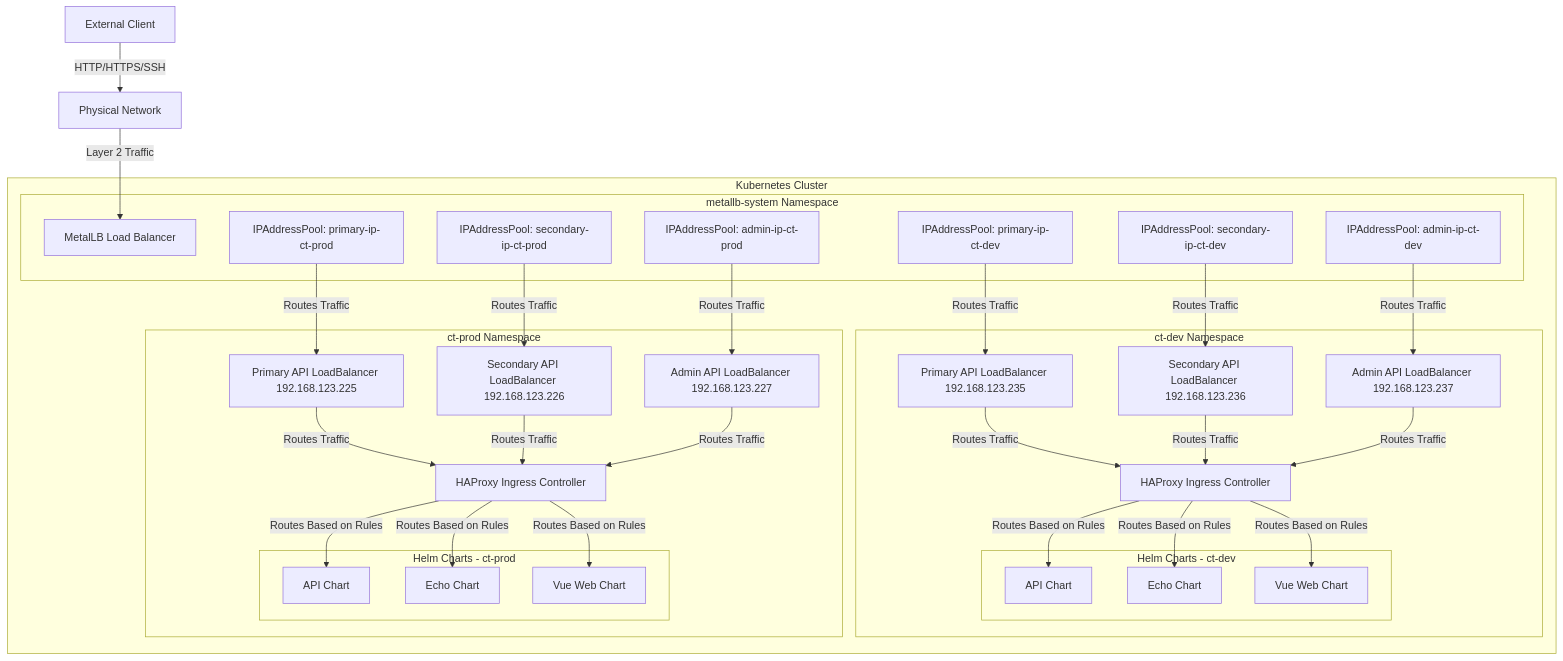
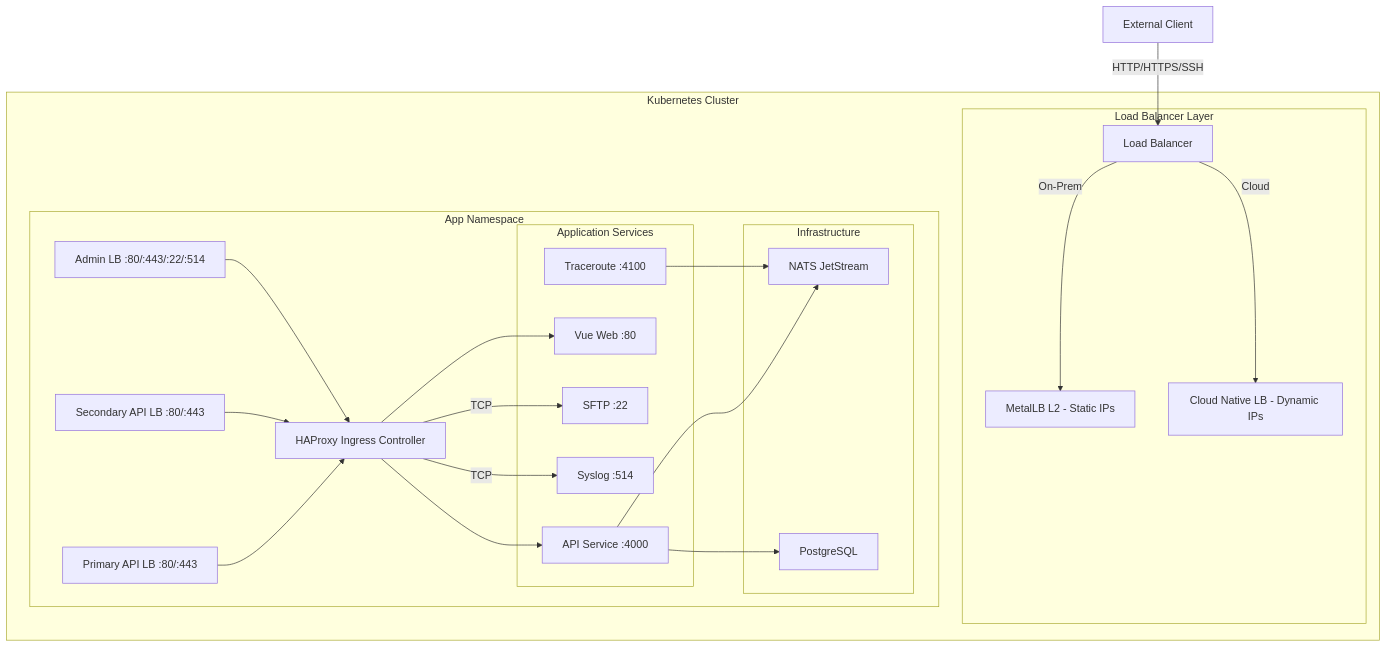
The diagram in docs/haproxy-calltelemetry-installation-guide.md (calltelemetry/k8s), drawn with Mermaid before and after one commit. The commit also changed other lines of this file and 19 other files, not shown here.

````diff
--- a/docs/haproxy-calltelemetry-installation-guide.md
+++ b/docs/haproxy-calltelemetry-installation-guide.md
@@ -19,72 +27,45 @@
 ```mermaid
 graph TD
-    classDef centerClass text-align:center;
-
-    Client[External Client]:::centerClass -->|HTTP/HTTPS/SSH| PhysicalNetwork[Physical Network]:::centerClass
-    PhysicalNetwork -->|Layer 2 Traffic| MetalLB[MetalLB Load Balancer]
+    Client[External Client] -->|HTTP/HTTPS/SSH| LB[Load Balancer]
 
     subgraph "Kubernetes Cluster"
-        subgraph "metallb-system Namespace"
-            MetalLB
-            IPPoolDev1[IPAddressPool: primary-ip-ct-dev]
-            IPPoolDev2[IPAddressPool: secondary-ip-ct-dev]
-            IPPoolDev3[IPAddressPool: admin-ip-ct-dev]
-
-            IPPoolProd1[IPAddressPool: primary-ip-ct-prod]
-            IPPoolProd2[IPAddressPool: secondary-ip-ct-prod]
-            IPPoolProd3[IPAddressPool: admin-ip-ct-prod]
+        subgraph "Load Balancer Layer"
+            LB -->|On-Prem| MetalLB[MetalLB L2 - Static IPs]
+            LB -->|Cloud| CloudLB[Cloud Native LB - Dynamic IPs]
         end
 
-        subgraph "ct-dev Namespace"
-            LB1[Primary API LoadBalancer 192.168.123.235]
-            LB2[Secondary API LoadBalancer 192.168.123.236]
-            LB3[Admin API LoadBalancer 192.168.123.237]
+        subgraph "App Namespace"
+            LB1[Primary API LB :80/:443]
+            LB2[Secondary API LB :80/:443]
+            LB3[Admin LB :80/:443/:22/:514]
 
-            HAProxyDev[HAProxy Ingress Controller]
+            HAProxy[HAProxy Ingress Controller]
 
-            subgraph "Helm Charts - ct-dev"
-                APIDev[API Chart]
-                EchoDev[Echo Chart]
-                VueWebDev[Vue Web Chart]
+            subgraph "Application Services"
+                API[API Service :4000]
+                VueWeb[Vue Web :80]
+                Traceroute[Traceroute :4100]
+                SFTP[SFTP :22]
+                Syslog[Syslog :514]
             end
 
-            LB1 -->|Routes Traffic| HAProxyDev
-            LB2 -->|Routes Traffic| HAProxyDev
-            LB3 -->|Routes Traffic| HAProxyDev
-
-            HAProxyDev -->|Routes Based on Rules| APIDev
-            HAProxyDev -->|Routes Based on Rules| EchoDev
-            HAProxyDev -->|Routes Based on Rules| VueWebDev
-        end
-
-        subgraph "ct-prod Namespace"
-            LB4[Primary API LoadBalancer 192.168.123.225]
-            LB5[Secondary API LoadBalancer 192.168.123.226]
-            LB6[Admin API LoadBalancer 192.168.123.227]
-
-            HAProxyProd[HAProxy Ingress Controller]
-
-            subgraph "Helm Charts - ct-prod"
-                APIProd[API Chart]
-                EchoProd[Echo Chart]
-                VueWebProd[Vue Web Chart]
+            subgraph "Infrastructure"
+                NATS[NATS JetStream]
+                PG[PostgreSQL]
             end
 
-            LB4 -->|Routes Traffic| HAProxyProd
-            LB5 -->|Routes Traffic| HAProxyProd
-            LB6 -->|Routes Traffic| HAProxyProd
+            LB1 --> HAProxy
+            LB2 --> HAProxy
+            LB3 --> HAProxy
 
-            HAProxyProd -->|Routes Based on Rules| APIProd
-            HAProxyProd -->|Routes Based on Rules| EchoProd
-            HAProxyProd -->|Routes Based on Rules| VueWebProd
+            HAProxy --> API
+            HAProxy --> VueWeb
+            HAProxy -->|TCP| SFTP
+            HAProxy -->|TCP| Syslog
+
+            API --> NATS
+            API --> PG
+            Traceroute --> NATS
         end
-
-        IPPoolDev1 -->|Routes Traffic| LB1
-        IPPoolDev2 -->|Routes Traffic| LB2
-        IPPoolDev3 -->|Routes Traffic| LB3
-
-        IPPoolProd1 -->|Routes Traffic| LB4
-        IPPoolProd2 -->|Routes Traffic| LB5
-        IPPoolProd3 -->|Routes Traffic| LB6
     end
 ```
````
